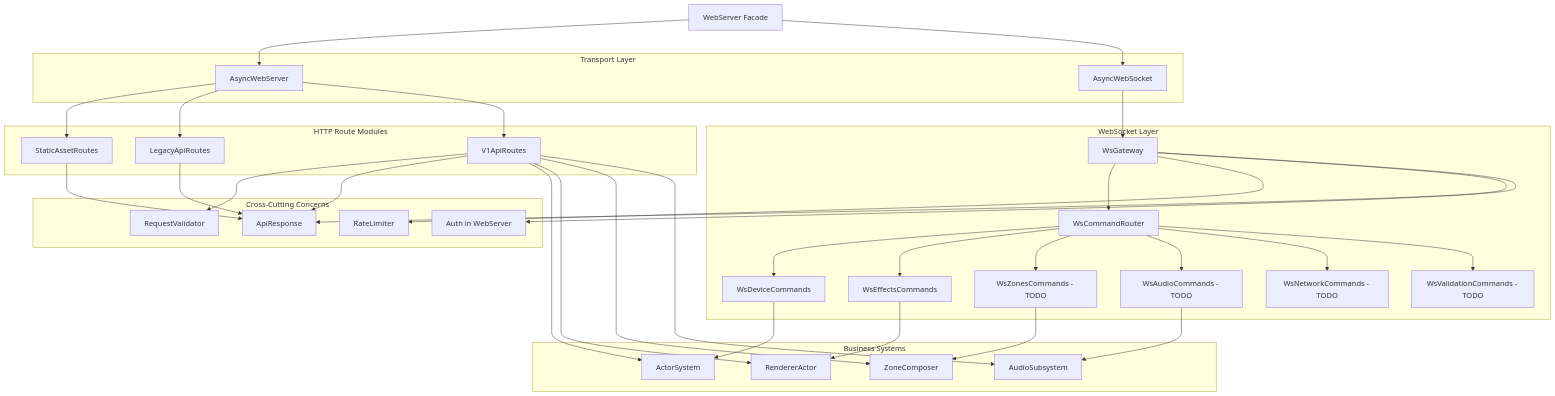
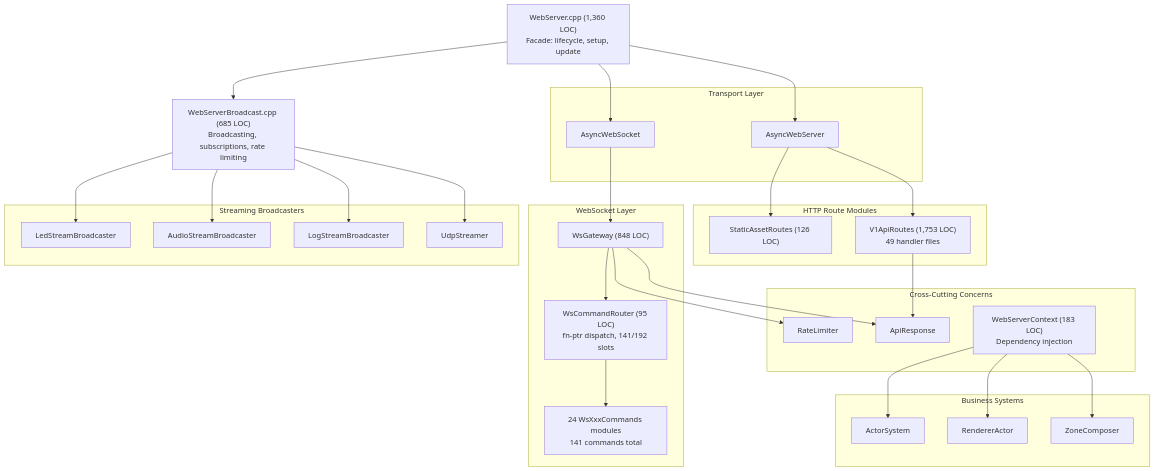
One commit to synqing/Lightwave-Ledstrip changed the diagram in firmware-v3/docs/architecture/WEB_SERVER_MODULAR_ARCHITECTURE.md. Above: the diagram before and after it, drawn with Mermaid. The commit also changed other lines of this file and 9 other files, not shown here.

First line of the commit message:
test(webserver): implement WsCommandRouter tests + benchmark + mock infra

````diff
--- a/firmware-v3/docs/architecture/WEB_SERVER_MODULAR_ARCHITECTURE.md
+++ b/firmware-v3/docs/architecture/WEB_SERVER_MODULAR_ARCHITECTURE.md
@@ -12,71 +12,59 @@
 ```mermaid
 flowchart TD
-    WebServerFacade[WebServer Facade]
-    
+    WebServerFacade["WebServer.cpp (1,360 LOC)\nFacade: lifecycle, setup, update"]
+    WebServerBroadcast["WebServerBroadcast.cpp (685 LOC)\nBroadcasting, subscriptions, rate limiting"]
+
     subgraph transport[Transport Layer]
         HttpServer[AsyncWebServer]
         WsServer[AsyncWebSocket]
     end
-    
+
     subgraph routes[HTTP Route Modules]
-        StaticRoutes[StaticAssetRoutes]
-        LegacyRoutes[LegacyApiRoutes]
-        V1Routes[V1ApiRoutes]
+        StaticRoutes["StaticAssetRoutes (126 LOC)"]
+        V1Routes["V1ApiRoutes (1,753 LOC)\n49 handler files"]
     end
-    
+
     subgraph ws[WebSocket Layer]
-        WsGateway[WsGateway]
-        WsRouter[WsCommandRouter]
-        WsDevice[WsDeviceCommands]
-        WsEffects[WsEffectsCommands]
-        WsZones[WsZonesCommands - TODO]
-        WsAudio[WsAudioCommands - TODO]
-        WsNetwork[WsNetworkCommands - TODO]
-        WsValidation[WsValidationCommands - TODO]
+        WsGateway["WsGateway (848 LOC)"]
+        WsRouter["WsCommandRouter (95 LOC)\nfn-ptr dispatch, 141/192 slots"]
+        WsModules["24 WsXxxCommands modules\n141 commands total"]
     end
-    
+
     subgraph crosscut[Cross-Cutting Concerns]
         RateLimiter[RateLimiter]
-        Validator[RequestValidator]
         ApiResp[ApiResponse]
-        Auth[Auth in WebServer]
+        Context["WebServerContext (183 LOC)\nDependency injection"]
     end
-    
+
+    subgraph streaming[Streaming Broadcasters]
+        LedStream[LedStreamBroadcaster]
+        AudioStream[AudioStreamBroadcaster]
+        LogStream[LogStreamBroadcaster]
+        UdpStream[UdpStreamer]
+    end
+
     subgraph business[Business Systems]
         ActorSystem[ActorSystem]
         Renderer[RendererActor]
         ZoneComposer[ZoneComposer]
-        Audio[AudioSubsystem]
     end
-    
+
     WebServerFacade --> HttpServer
     WebServerFacade --> WsServer
+    WebServerFacade --> WebServerBroadcast
     HttpServer --> StaticRoutes
-    HttpServer --> LegacyRoutes
     HttpServer --> V1Routes
     WsServer --> WsGateway
     WsGateway --> WsRouter
-    WsRouter --> WsDevice
-    WsRouter --> WsEffects
-    WsRouter --> WsZones
-    WsRouter --> WsAudio
-    WsRouter --> WsNetwork
-    WsRouter --> WsValidation
-    
-    StaticRoutes --> ApiResp
-    LegacyRoutes --> ApiResp
-    V1Routes --> Validator
+    WsRouter --> WsModules
+    WsGateway --> RateLimiter
+    WsGateway --> ApiResp
     V1Routes --> ApiResp
-    WsGateway --> RateLimiter
-    WsGateway --> Auth
-    WsGateway --> ApiResp
-    
-    V1Routes --> ActorSystem
-    V1Routes --> Renderer
-    V1Routes --> ZoneComposer
-    V1Routes --> Audio
-    WsDevice --> ActorSystem
-    WsEffects --> Renderer
-    WsZones --> ZoneComposer
-    WsAudio --> Audio
+    WebServerBroadcast --> LedStream
+    WebServerBroadcast --> AudioStream
+    WebServerBroadcast --> LogStream
+    WebServerBroadcast --> UdpStream
+    Context --> ActorSystem
+    Context --> Renderer
+    Context --> ZoneComposer
 ```
````
